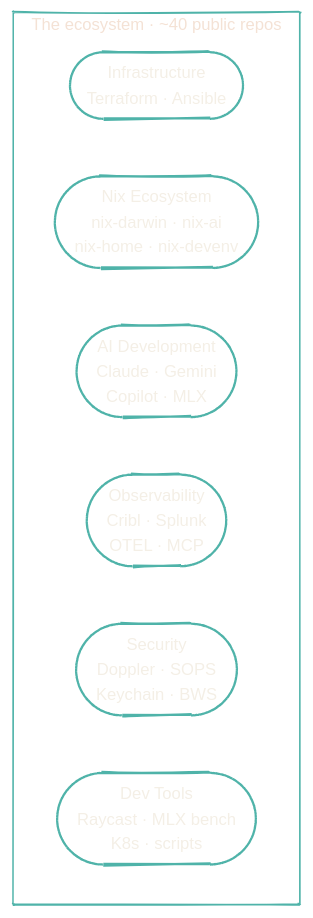
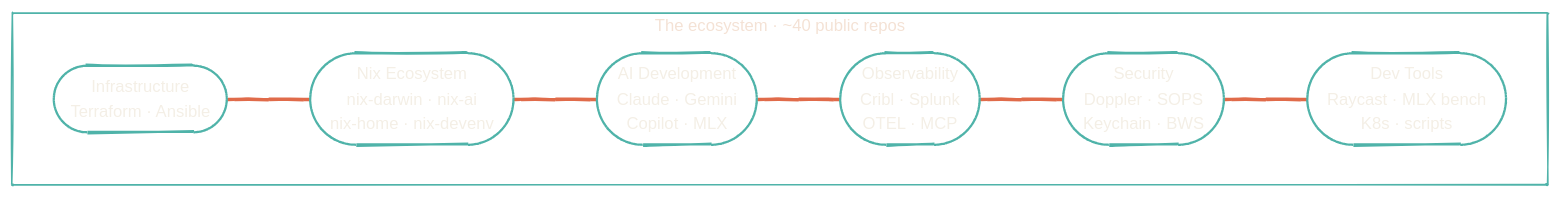
One commit to dryvist/docs changed the diagram in introduction.mdx. Above: the diagram before and after it, drawn with Mermaid. The commit also changed 7 other files, not shown here.

````diff
--- a/introduction.mdx
+++ b/introduction.mdx
@@ -12,22 +12,23 @@
 ```mermaid
 %%{init: {'theme':'base','look':'handDrawn','themeVariables':{'primaryColor':'#4FB3A9','primaryTextColor':'#F4EFE6','primaryBorderColor':'#2F7E78','lineColor':'#E06B4A','secondaryColor':'#102937','tertiaryColor':'#0B1D2A','clusterBkg':'transparent','clusterBorder':'#4FB3A9','fontFamily':'Geist','fontSize':'15px'}}}%%
 flowchart LR
   subgraph Eco["The ecosystem · ~40 public repos"]
     direction LR
     Inf(["Infrastructure<br/>Terraform · Ansible"])
     Nix(["Nix Ecosystem<br/>nix-darwin · nix-ai<br/>nix-home · nix-devenv"])
     AI(["AI Development<br/>Claude · Gemini<br/>Copilot · MLX"])
     Obs(["Observability<br/>Cribl · Splunk<br/>OTEL · MCP"])
     Sec(["Security<br/>Doppler · SOPS<br/>Keychain · BWS"])
     Tools(["Dev Tools<br/>Raycast · MLX bench<br/>K8s · scripts"])
+    Inf ~~~ Nix ~~~ AI ~~~ Obs ~~~ Sec ~~~ Tools
   end
 
   style Inf fill:transparent,stroke:#4FB3A9,stroke-width:2px,color:#F4EFE6
   style Nix fill:transparent,stroke:#4FB3A9,stroke-width:2px,color:#F4EFE6
   style AI fill:transparent,stroke:#4FB3A9,stroke-width:2px,color:#F4EFE6
   style Obs fill:transparent,stroke:#4FB3A9,stroke-width:2px,color:#F4EFE6
   style Sec fill:transparent,stroke:#4FB3A9,stroke-width:2px,color:#F4EFE6
   style Tools fill:transparent,stroke:#4FB3A9,stroke-width:2px,color:#F4EFE6
 
   linkStyle default stroke:#E06B4A,stroke-width:3px
 ```
````
